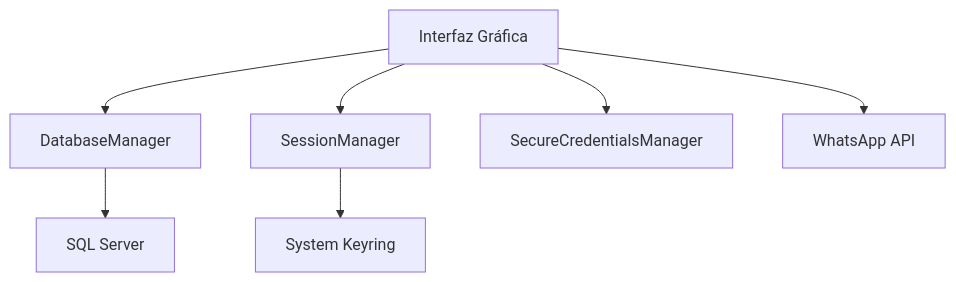
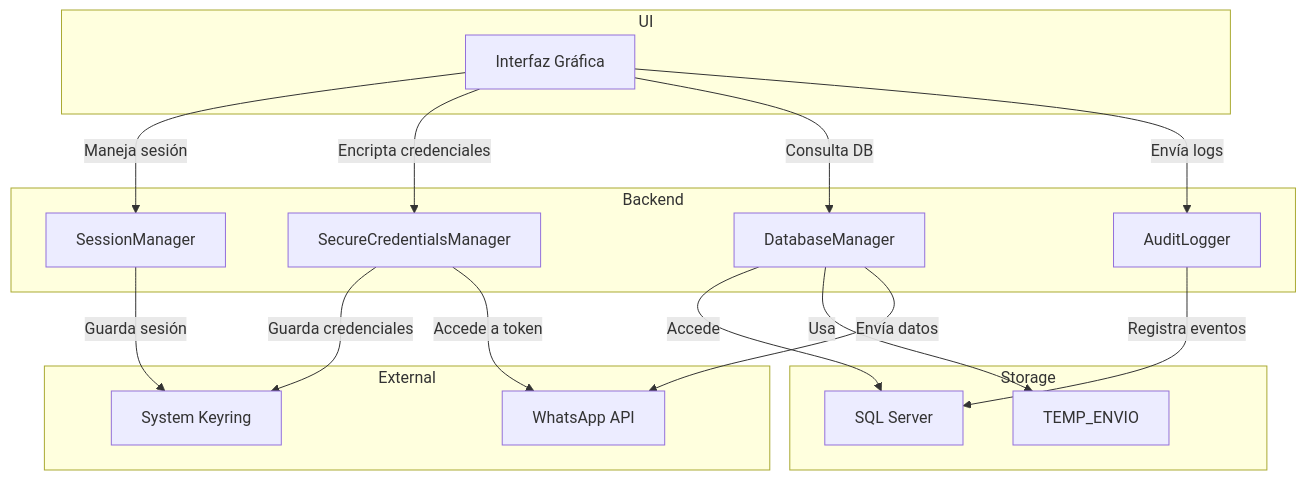
One commit to MrBearCr/Proyecto-atencion-en-linea changed the diagram in docs/development/architecture.md. Above: the diagram before and after it, drawn with Mermaid.

````diff
--- a/docs/development/architecture.md
+++ b/docs/development/architecture.md
@@ -4,9 +4,35 @@
 ```mermaid
 graph TD
-    A[Interfaz Gráfica] --> B[DatabaseManager]
-    A --> C[SessionManager]
-    A --> D[SecureCredentialsManager]
-    B --> E[SQL Server]
-    A --> F[WhatsApp API]
-    C --> G[System Keyring]
+    subgraph UI
+        A[Interfaz Gráfica]
+    end
+
+    subgraph Backend
+        B[DatabaseManager]
+        C[SessionManager]
+        D[SecureCredentialsManager]
+        H[AuditLogger]
+    end
+
+    subgraph Storage
+        E[SQL Server]
+        I[TEMP_ENVIO]
+    end
+
+    subgraph External
+        F[WhatsApp API]
+        G[System Keyring]
+    end
+
+    A -->|Maneja sesión| C
+    A -->|Encripta credenciales| D
+    A -->|Consulta DB| B
+    A -->|Envía logs| H
+    B -->|Accede| E
+    B -->|Usa| I
+    C -->|Guarda sesión| G
+    D -->|Guarda credenciales| G
+    D -->|Accede a token| F
+    B -->|Envía datos| F
+    H -->|Registra eventos| E
 ```
````
